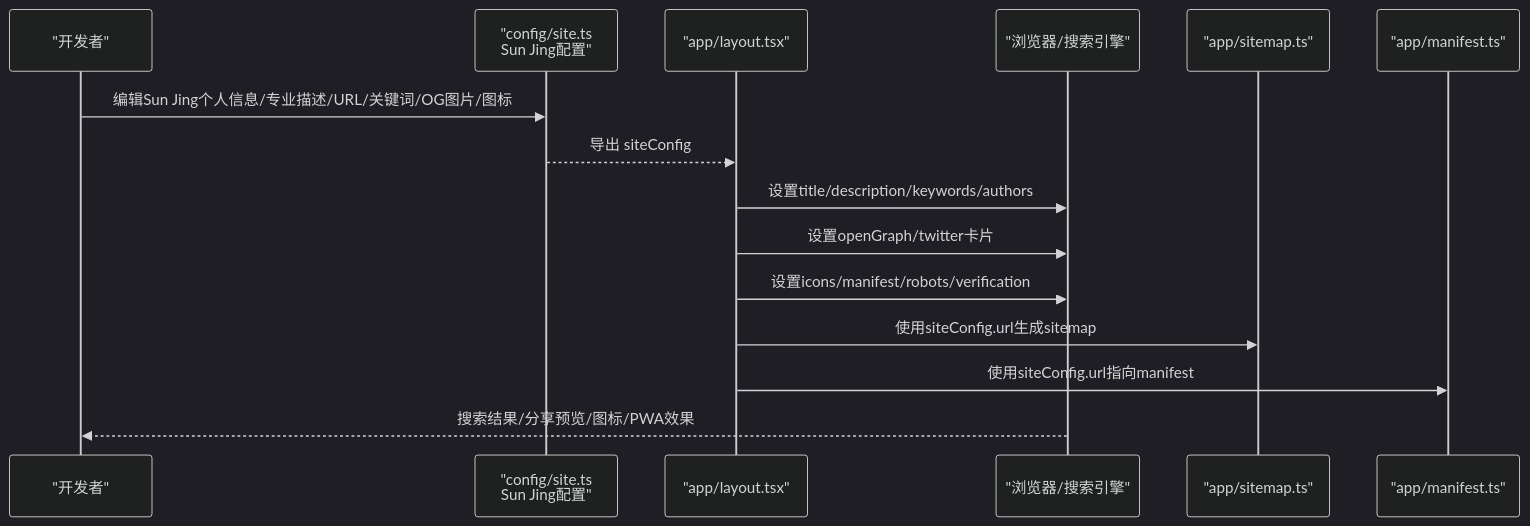
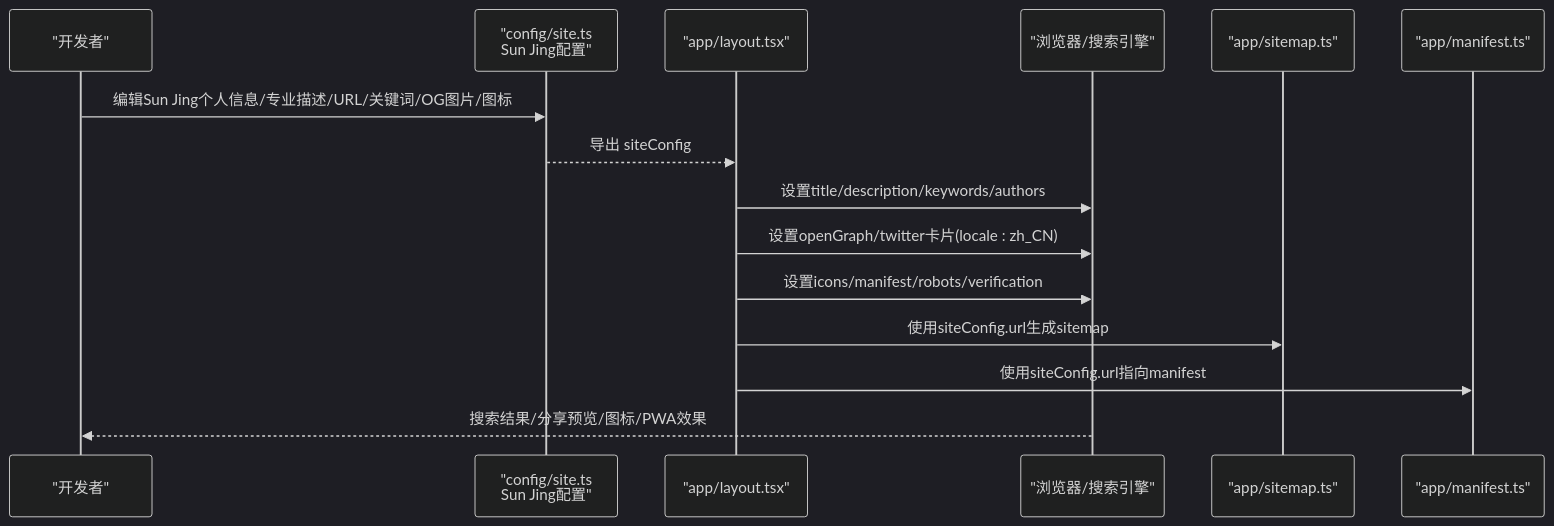
One commit to florianjsun/next-portfolio changed the second of 3 diagrams in .qoder/repowiki/zh/content/配置指南/站点配置.md. Above: the diagram before and after it, drawn with Mermaid (dark theme). The commit also changed other lines of this file and 80 other files, not shown here.

````diff
--- a/.qoder/repowiki/zh/content/配置指南/站点配置.md
+++ b/.qoder/repowiki/zh/content/配置指南/站点配置.md
@@ -95,17 +103,17 @@
 ```mermaid
 sequenceDiagram
 participant Dev as "开发者"
 participant SiteCfg as "config/site.ts<br/>Sun Jing配置"
 participant Layout as "app/layout.tsx"
 participant Meta as "浏览器/搜索引擎"
 participant SM as "app/sitemap.ts"
 participant MF as "app/manifest.ts"
 Dev->>SiteCfg : 编辑Sun Jing个人信息/专业描述/URL/关键词/OG图片/图标
 SiteCfg-->>Layout : 导出 siteConfig
 Layout->>Meta : 设置title/description/keywords/authors
-Layout->>Meta : 设置openGraph/twitter卡片
+Layout->>Meta : 设置openGraph/twitter卡片(locale : zh_CN)
 Layout->>Meta : 设置icons/manifest/robots/verification
 Layout->>SM : 使用siteConfig.url生成sitemap
 Layout->>MF : 使用siteConfig.url指向manifest
 Meta-->>Dev : 搜索结果/分享预览/图标/PWA效果
 ```
````
